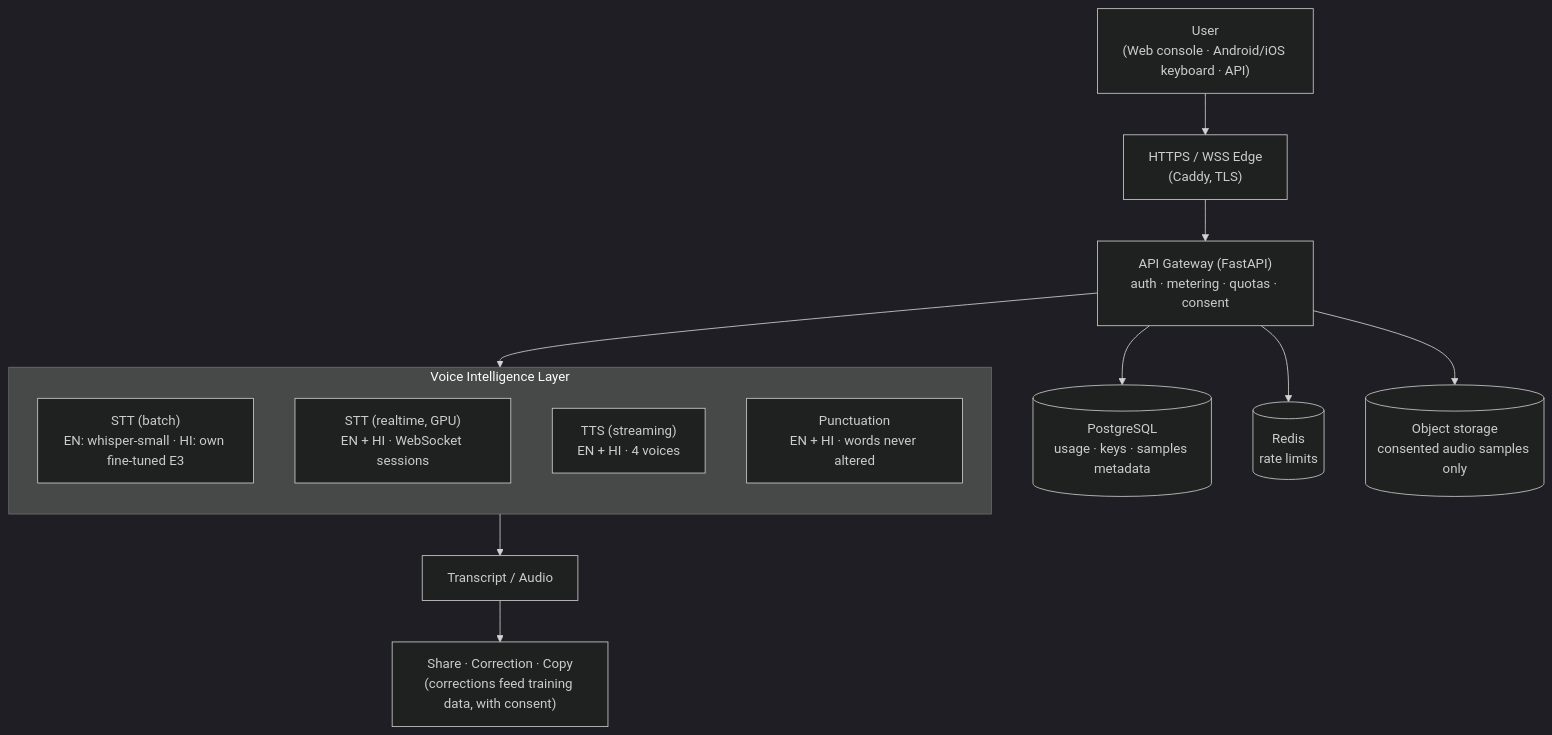
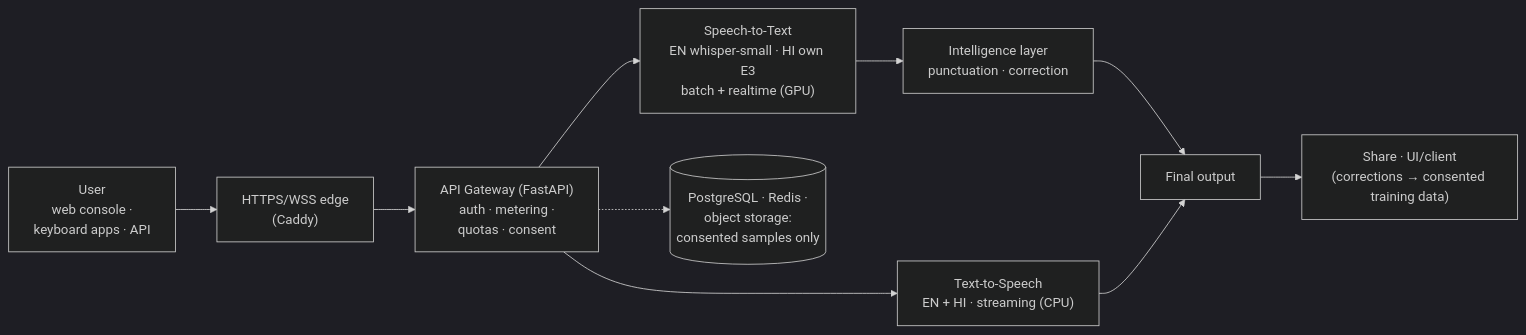
Before and after one commit to Sumit-Das06/IntelliAI-Platform: the diagram in docs/architecture/intelliai-high-level-architecture.md, drawn with Mermaid (dark theme). The commit also changed other lines of this file and 2 other files, not shown here.

Commit message:
docs: revise management progress report for boss review - page-1 answers first (status strip STT/realtime/TTS/GPU/production-pending, BUILT-IMPROVED-NEXT triple, one-paragraph executive summary), Before->Now table, scannable metric cards (M55 as the current production-like GPU reference, environments always labeled), compact horizontal executive architecture diagram replacing the tall one, separate batch vs realtime quality tables, generic-model-call vs IntelliAI-product differentiation, demo-today checklist, Local/Staging/Production deployment matrix with legend (nothing marked production - accurate), four real blockers, 4-step roadmap, exactly five takeaways; TTS correctly labeled CPU; one-pager restructured to the same page-1-first shape

````diff
--- a/docs/architecture/intelliai-high-level-architecture.md
+++ b/docs/architecture/intelliai-high-level-architecture.md
@@ -10,21 +10,11 @@
 ```mermaid
-flowchart TD
-    U["User<br/>(Web console · Android/iOS keyboard · API)"] --> E["HTTPS / WSS Edge<br/>(Caddy, TLS)"]
-    E --> G["API Gateway (FastAPI)<br/>auth · metering · quotas · consent"]
-    G --> V
-
-    subgraph V["Voice Intelligence Layer"]
-        direction TB
-        S["STT (batch)<br/>EN: whisper-small · HI: own fine-tuned E3"]
-        R["STT (realtime, GPU)<br/>EN + HI · WebSocket sessions"]
-        T["TTS (streaming)<br/>EN + HI · 4 voices"]
-        P["Punctuation<br/>EN + HI · words never altered"]
-    end
-
-    V --> O["Transcript / Audio"]
-    O --> X["Share · Correction · Copy<br/>(corrections feed training data, with consent)"]
-
-    G --> D[("PostgreSQL<br/>usage · keys · samples metadata")]
-    G --> C[("Redis<br/>rate limits")]
-    G --> B[("Object storage<br/>consented audio samples only")]
+flowchart LR
+    U["User<br/>web console ·<br/>keyboard apps · API"] --> E["HTTPS/WSS edge<br/>(Caddy)"] --> G["API Gateway (FastAPI)<br/>auth · metering ·<br/>quotas · consent"]
+    G --> S["Speech-to-Text<br/>EN whisper-small · HI own E3<br/>batch + realtime (GPU)"]
+    G --> T["Text-to-Speech<br/>EN + HI · streaming (CPU)"]
+    S --> I["Intelligence layer<br/>punctuation · correction"]
+    I --> O["Final output"]
+    T --> O
+    O --> X["Share · UI/client<br/>(corrections → consented training data)"]
+    G -.-> D[("PostgreSQL · Redis ·<br/>object storage:<br/>consented samples only")]
 ```
````
